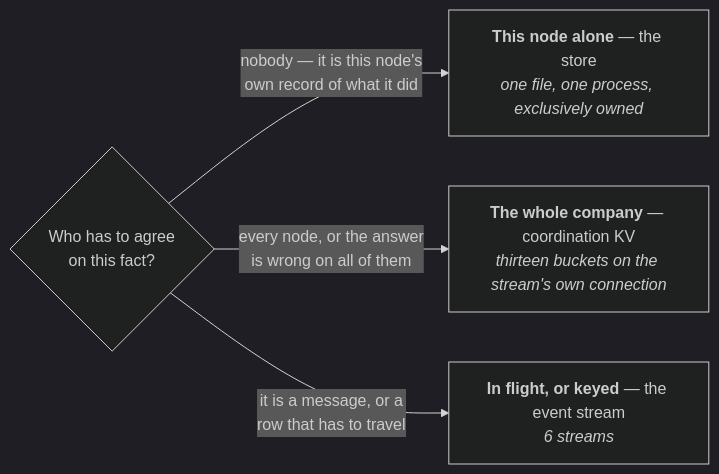
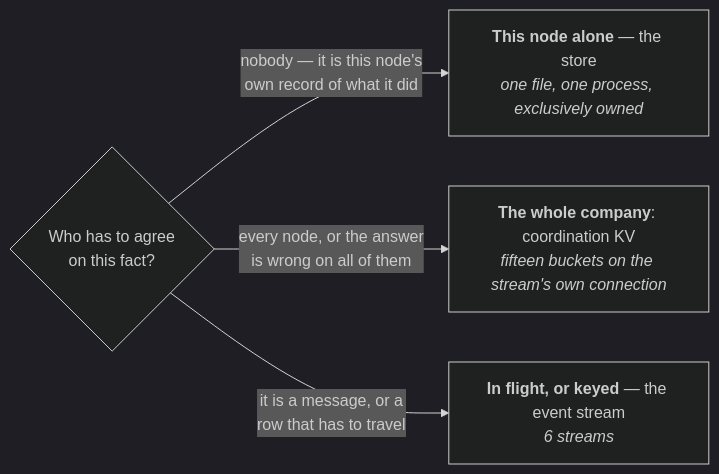
Before and after one commit to crewlet/crewlet: the ninth of 10 diagrams in docs/concepts/architecture.md, drawn with Mermaid (dark theme). The commit also changed other lines of this file and 9 other files, not shown here.

````diff
--- a/docs/concepts/architecture.md
+++ b/docs/concepts/architecture.md
@@ -493,11 +493,11 @@
 ```mermaid
 flowchart LR
     Q{"Who has to agree<br/>on this fact?"}
     LOCAL["<b>This node alone</b> — the store<br/><i>one file, one process, exclusively owned</i>"]
-    FLEET["<b>The whole company</b> — coordination KV<br/><i>thirteen buckets on the stream's own connection</i>"]
+    FLEET["<b>The whole company</b>: coordination KV<br/><i>fifteen buckets on the stream's own connection</i>"]
     STREAM["<b>In flight, or keyed</b> — the event stream<br/><i>6 streams</i>"]
 
     Q -->|"nobody — it is this node's<br/>own record of what it did"| LOCAL
     Q -->|"every node, or the answer<br/>is wrong on all of them"| FLEET
     Q -->|"it is a message, or a<br/>row that has to travel"| STREAM
 ```
````
